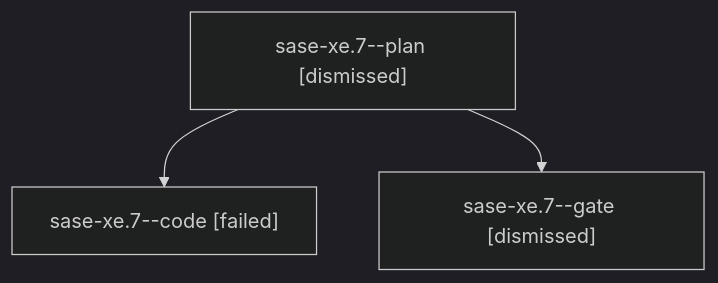
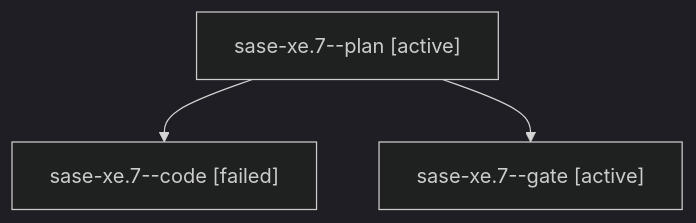
Before and after one commit to sase-org/sase--agents: the diagram in families/bbugyi200.athena.sase-xe.7.md, drawn with Mermaid (dark theme). The commit also changed other lines of this file and 35830 other files, not shown here.

````diff
--- a/families/bbugyi200.athena.sase-xe.7.md
+++ b/families/bbugyi200.athena.sase-xe.7.md
@@ -9,8 +9,8 @@
 ```mermaid
 flowchart TD
-  n0["sase-xe.7--plan [dismissed]"]
+  n0["sase-xe.7--plan [active]"]
   n1["sase-xe.7--code [failed]"]
   n0 --> n1
-  n2["sase-xe.7--gate [dismissed]"]
+  n2["sase-xe.7--gate [active]"]
   n0 --> n2
 ```
````
